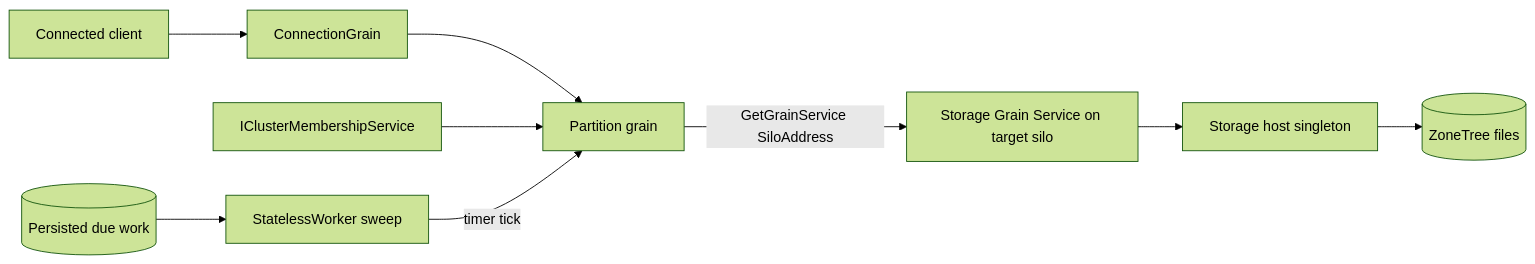
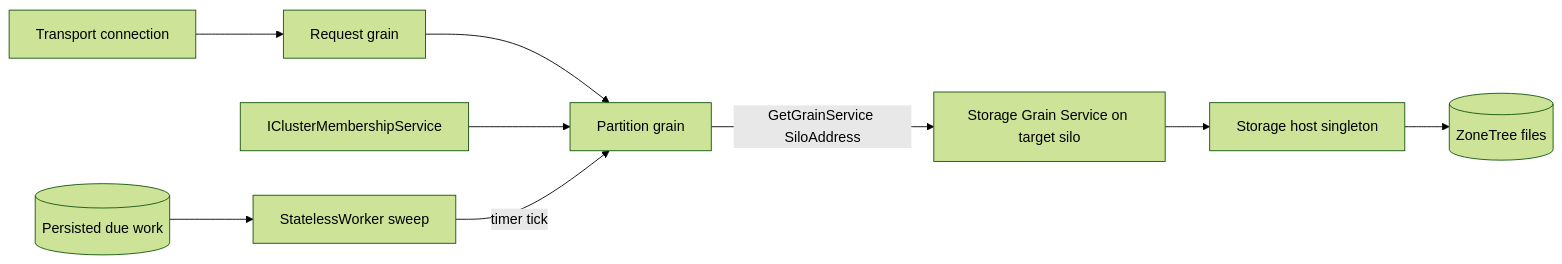
Before and after one commit to managedcode/KeyLoad: the diagram in docs/ADR/ADR-110-orleans-execution-primitives.md, drawn with Mermaid (forest theme). The commit also changed other lines of this file and 27 other files, not shown here.

First line of the commit message:
Dispatch transport operations directly to request grains

````diff
--- a/docs/ADR/ADR-110-orleans-execution-primitives.md
+++ b/docs/ADR/ADR-110-orleans-execution-primitives.md
@@ -25,11 +25,11 @@
 ```mermaid
 flowchart LR
-    Client[Connected client] --> Conn[ConnectionGrain]
-    Conn --> Part[Partition grain]
+    Client[Transport connection] --> Request[Request grain]
+    Request --> Part[Partition grain]
     Part -->|GetGrainService SiloAddress| Svc[Storage Grain Service on target silo]
     Membership[IClusterMembershipService] --> Part
     Svc --> Host[Storage host singleton]
     Host --> Files[(ZoneTree files)]
     Records[(Persisted due work)] --> Worker[StatelessWorker sweep]
     Worker -->|timer tick| Part
 ```
````
